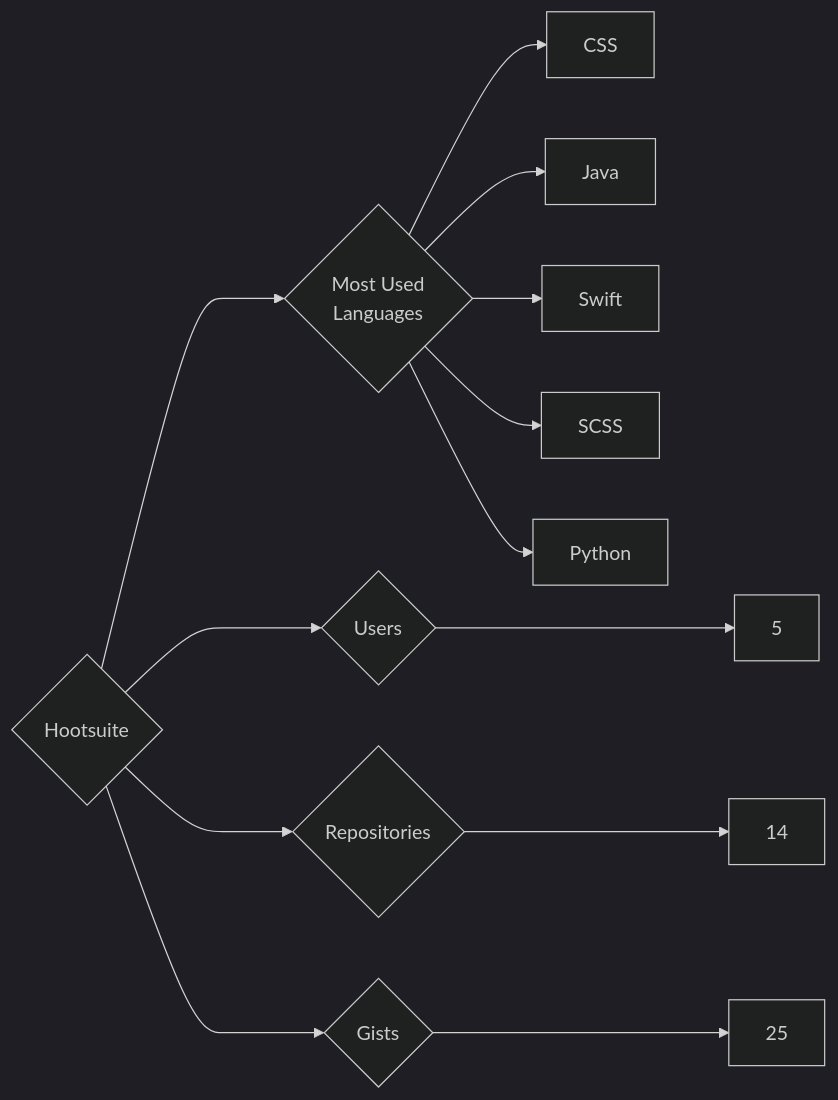
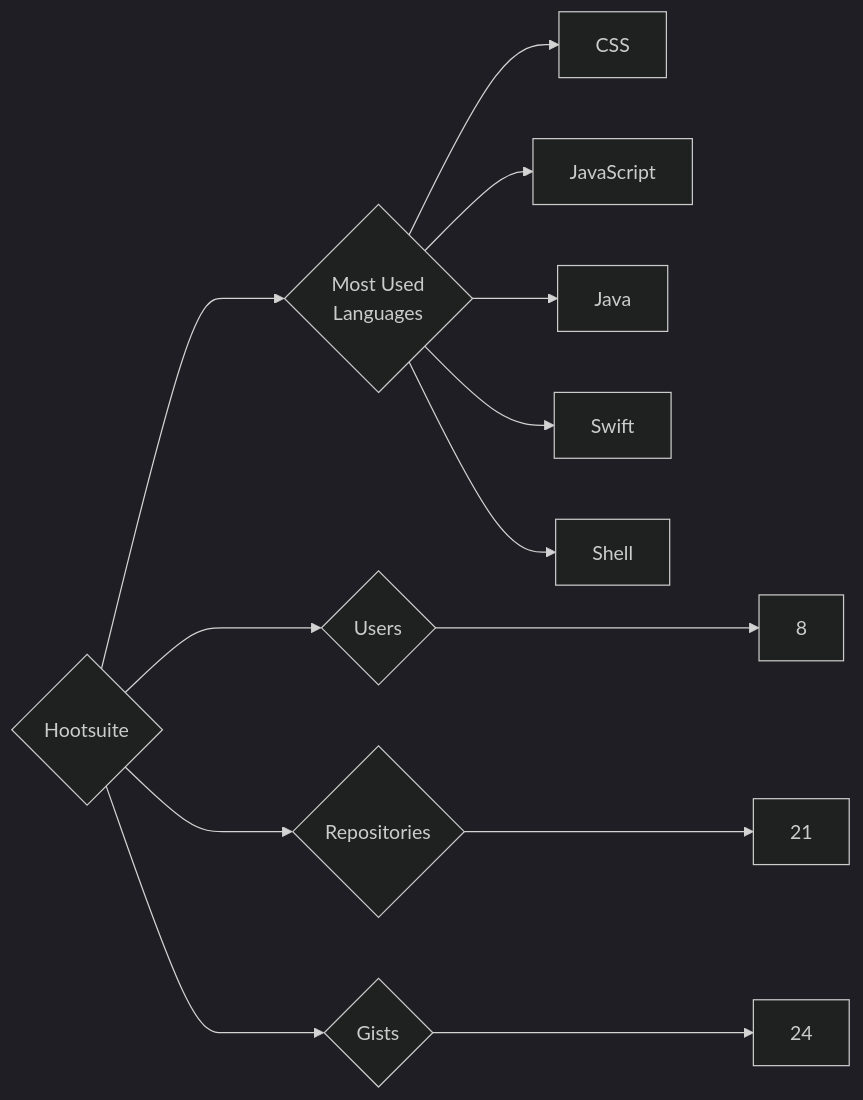
Before and after one commit to trickest/insiders: the diagram in targets/Hootsuite/README.md, drawn with Mermaid (dark theme). The commit also changed 1055 other files, not shown here.

````diff
--- a/targets/Hootsuite/README.md
+++ b/targets/Hootsuite/README.md
@@ -3,13 +3,13 @@
 ```mermaid
 graph LR
 COMPANY_NAME{Hootsuite}
-COMPANY_NAME ---> U{Users} ---> UN[5]
-COMPANY_NAME ---> R{Repositories} ---> RN[14]
-COMPANY_NAME ---> G{Gists} ---> GN[25]
+COMPANY_NAME ---> U{Users} ---> UN[8]
+COMPANY_NAME ---> R{Repositories} ---> RN[21]
+COMPANY_NAME ---> G{Gists} ---> GN[24]
 COMPANY_NAME ---> ML{Most Used<br>Languages}
 ML --> CSS[CSS]
+ML --> JavaScript[JavaScript]
 ML --> Java[Java]
 ML --> Swift[Swift]
-ML --> SCSS[SCSS]
-ML --> Python[Python]
+ML --> Shell[Shell]
 ```
````
